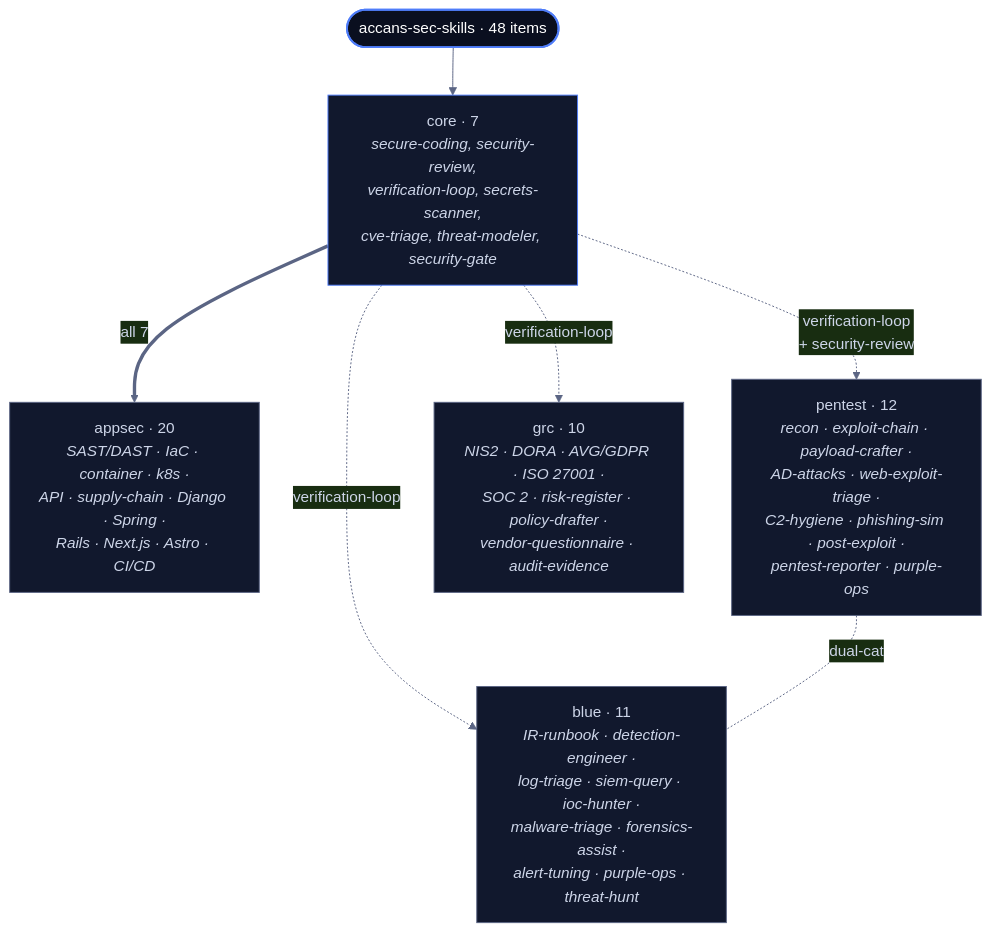
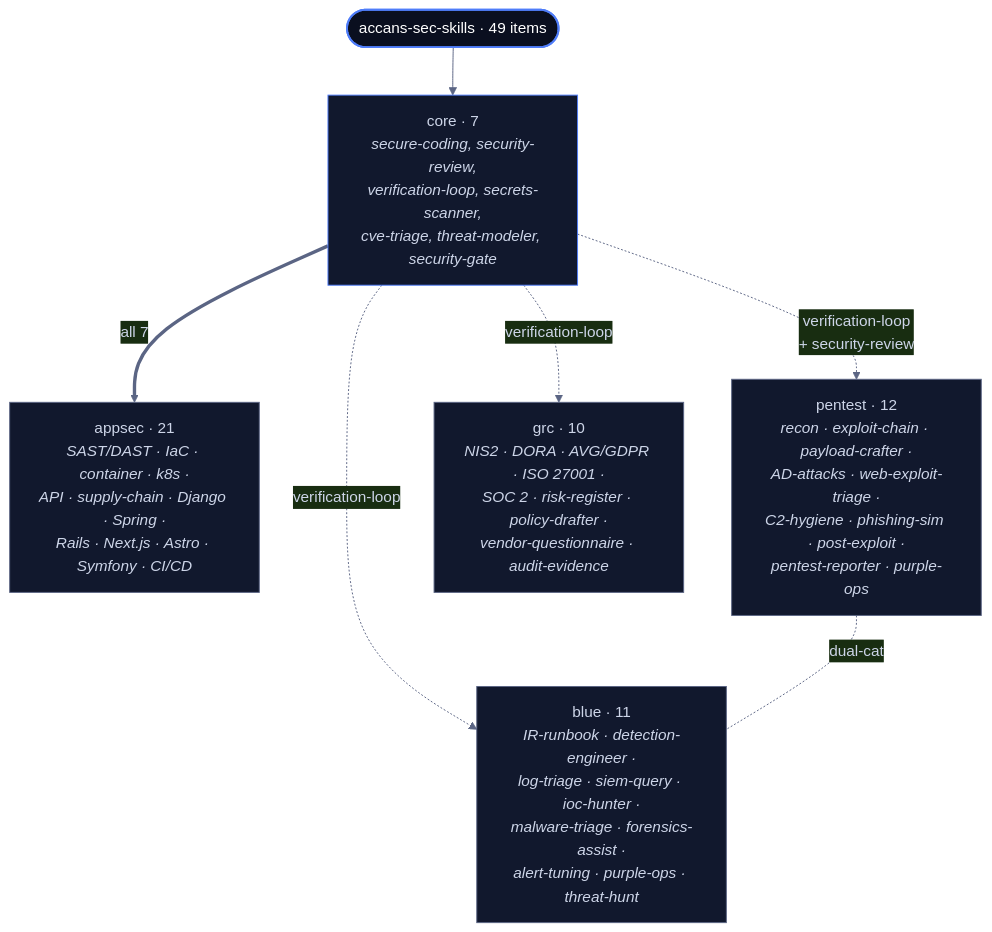
The first of 2 diagrams in README.md (roodlicht/accans-sec-skills), drawn with Mermaid before and after one commit. The commit also changed other lines of this file and 5 other files, not shown here.

````diff
--- a/README.md
+++ b/README.md
@@ -31,21 +31,21 @@
 ```mermaid
 %%{init: {'theme':'base', 'themeVariables': {'primaryColor':'#11182d','primaryTextColor':'#cdd5e8','primaryBorderColor':'#4f7df9','lineColor':'#5b6584'}}}%%
 flowchart TB
-    Root(["accans-sec-skills · 48 items"])
+    Root(["accans-sec-skills · 49 items"])
 
     Root --> Core["core · 7<br/><i>secure-coding, security-review,<br/>verification-loop, secrets-scanner,<br/>cve-triage, threat-modeler, security-gate</i>"]
 
-    Core ==>|"all 7"| AppSec["appsec · 20<br/><i>SAST/DAST · IaC · container · k8s ·<br/>API · supply-chain · Django · Spring ·<br/>Rails · Next.js · Astro · CI/CD</i>"]
+    Core ==>|"all 7"| AppSec["appsec · 21<br/><i>SAST/DAST · IaC · container · k8s ·<br/>API · supply-chain · Django · Spring ·<br/>Rails · Next.js · Astro · Symfony · CI/CD</i>"]
     Core -.->|"verification-loop<br/>+ security-review"| Pentest["pentest · 12<br/><i>recon · exploit-chain · payload-crafter ·<br/>AD-attacks · web-exploit-triage ·<br/>C2-hygiene · phishing-sim · post-exploit ·<br/>pentest-reporter · purple-ops</i>"]
     Core -.->|"verification-loop"| Blue["blue · 11<br/><i>IR-runbook · detection-engineer ·<br/>log-triage · siem-query · ioc-hunter ·<br/>malware-triage · forensics-assist ·<br/>alert-tuning · purple-ops · threat-hunt</i>"]
     Core -.->|"verification-loop"| GRC["grc · 10<br/><i>NIS2 · DORA · AVG/GDPR · ISO 27001 ·<br/>SOC 2 · risk-register · policy-drafter ·<br/>vendor-questionnaire · audit-evidence</i>"]
 
     Pentest -. dual-cat .- Blue
 
     style Root fill:#0a0f1f,stroke:#4f7df9,stroke-width:2px,color:#fff
     style Core fill:#11182d,stroke:#4f7df9,color:#cdd5e8
     style AppSec fill:#11182d,stroke:#5b6584,color:#cdd5e8
     style Pentest fill:#11182d,stroke:#5b6584,color:#cdd5e8
     style Blue fill:#11182d,stroke:#5b6584,color:#cdd5e8
     style GRC fill:#11182d,stroke:#5b6584,color:#cdd5e8
 ```
````
